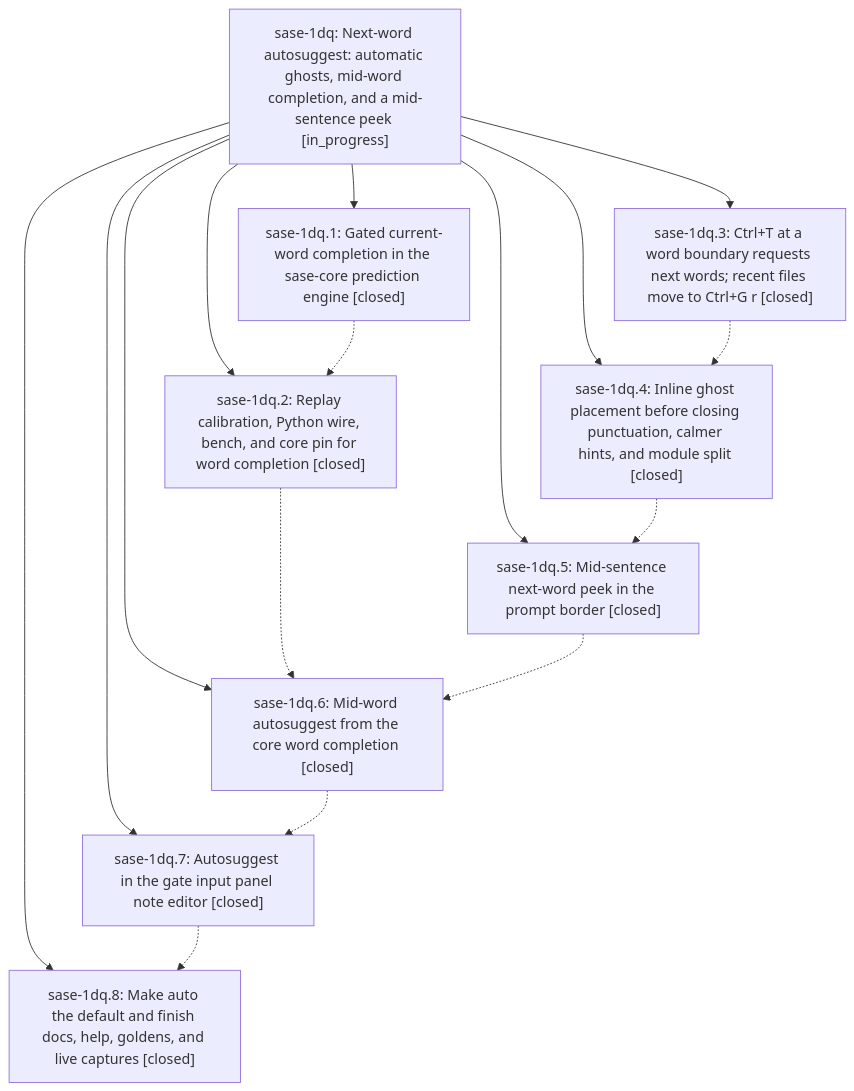
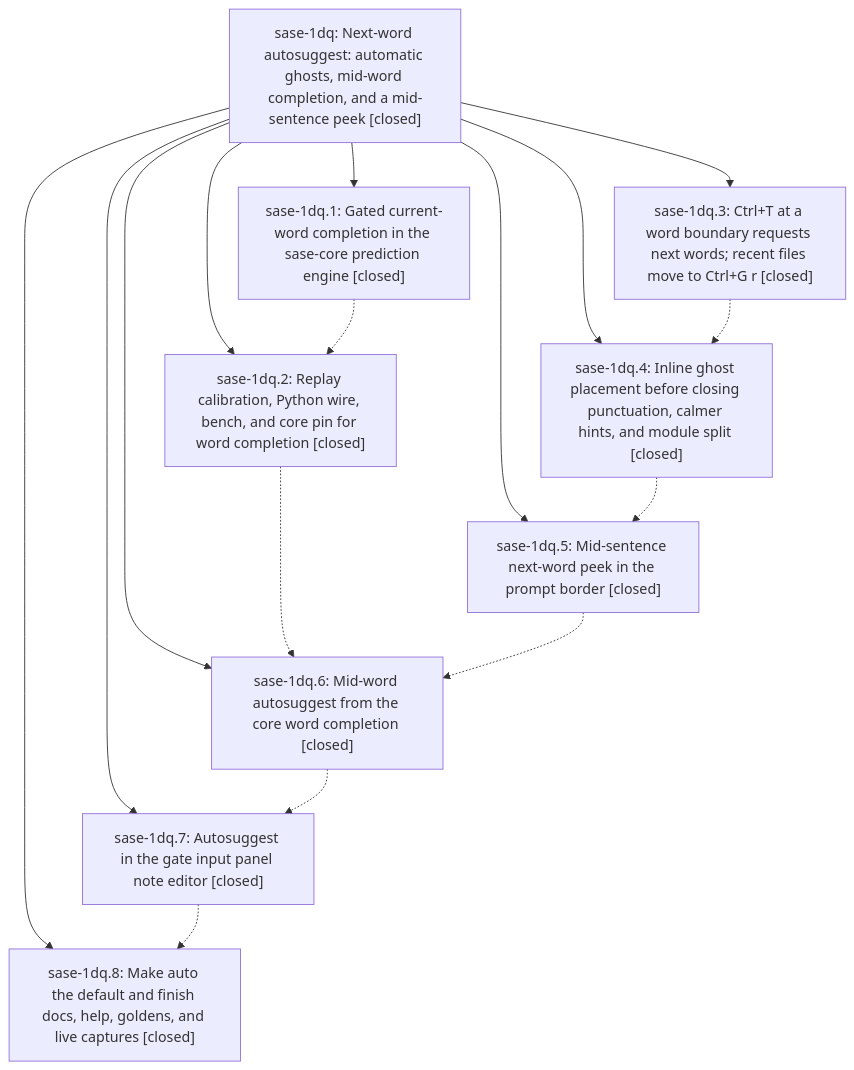
The diagram in pages/sase-1dq/README.md (sase-org/sase--beads), drawn with Mermaid before and after one commit. The commit also changed other lines of this file and 1 other file, not shown here.

First line of the commit message:
chore(beads): sync bead state and pages for sase-1dq

````diff
--- a/pages/sase-1dq/README.md
+++ b/pages/sase-1dq/README.md
@@ -29,27 +39,27 @@
 ```mermaid
 flowchart TD
-    n0["sase-1dq: Next-word autosuggest: automatic ghosts, mid-word completion, and a mid-sentence peek [in_progress]"]
+    n0["sase-1dq: Next-word autosuggest: automatic ghosts, mid-word completion, and a mid-sentence peek [closed]"]
     n1["sase-1dq.1: Gated current-word completion in the sase-core prediction engine [closed]"]
     n2["sase-1dq.2: Replay calibration, Python wire, bench, and core pin for word completion [closed]"]
     n3["sase-1dq.3: Ctrl+T at a word boundary requests next words; recent files move to Ctrl+G r [closed]"]
     n4["sase-1dq.4: Inline ghost placement before closing punctuation, calmer hints, and module split [closed]"]
     n5["sase-1dq.5: Mid-sentence next-word peek in the prompt border [closed]"]
     n6["sase-1dq.6: Mid-word autosuggest from the core word completion [closed]"]
     n7["sase-1dq.7: Autosuggest in the gate input panel note editor [closed]"]
     n8["sase-1dq.8: Make auto the default and finish docs, help, goldens, and live captures [closed]"]
     n0 --> n1
     n0 --> n2
     n0 --> n3
     n0 --> n4
     n0 --> n5
     n0 --> n6
     n0 --> n7
     n0 --> n8
     n1 -.-> n2
     n2 -.-> n6
     n3 -.-> n4
     n4 -.-> n5
     n5 -.-> n6
     n6 -.-> n7
     n7 -.-> n8
 ```
````
